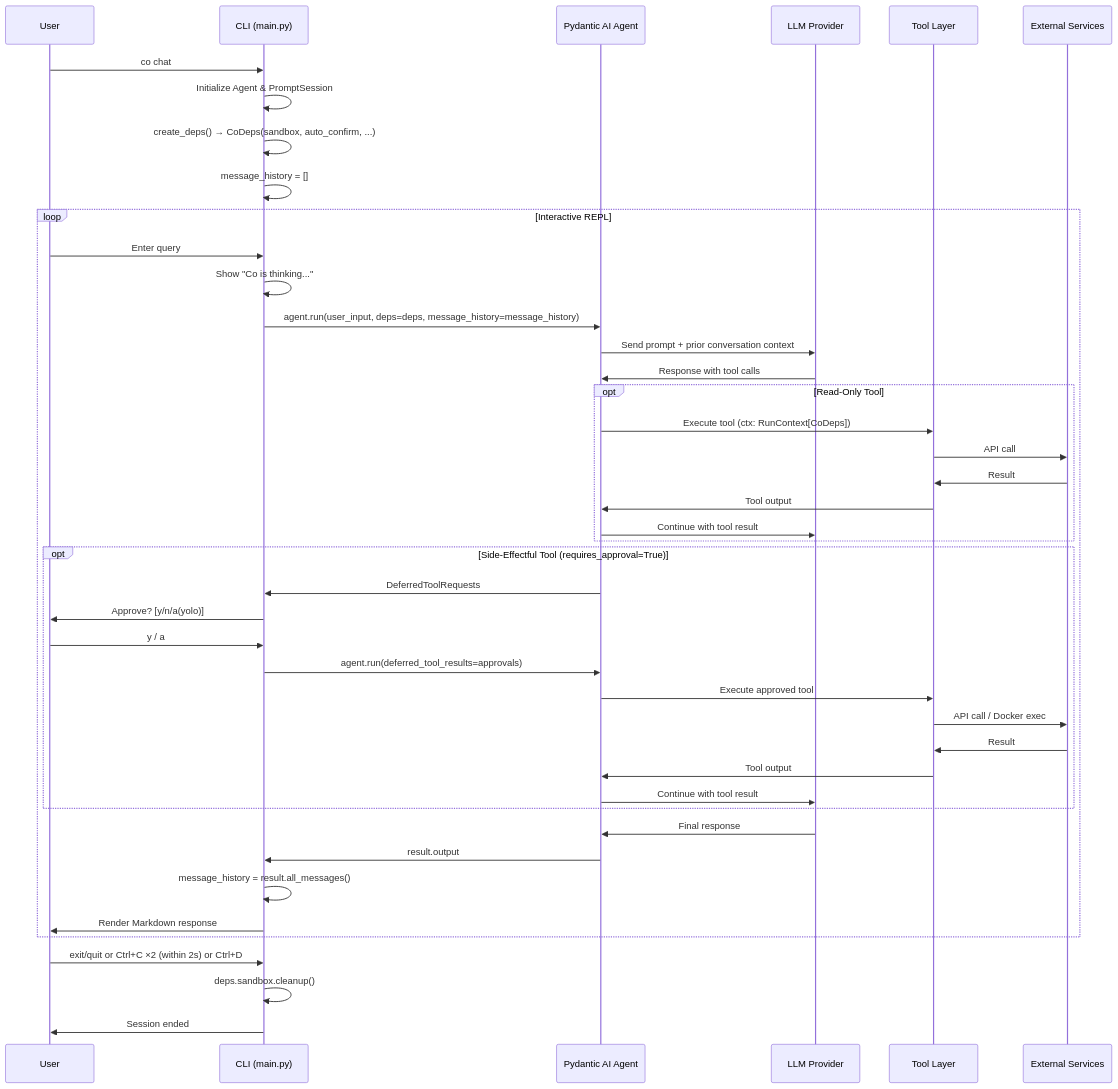
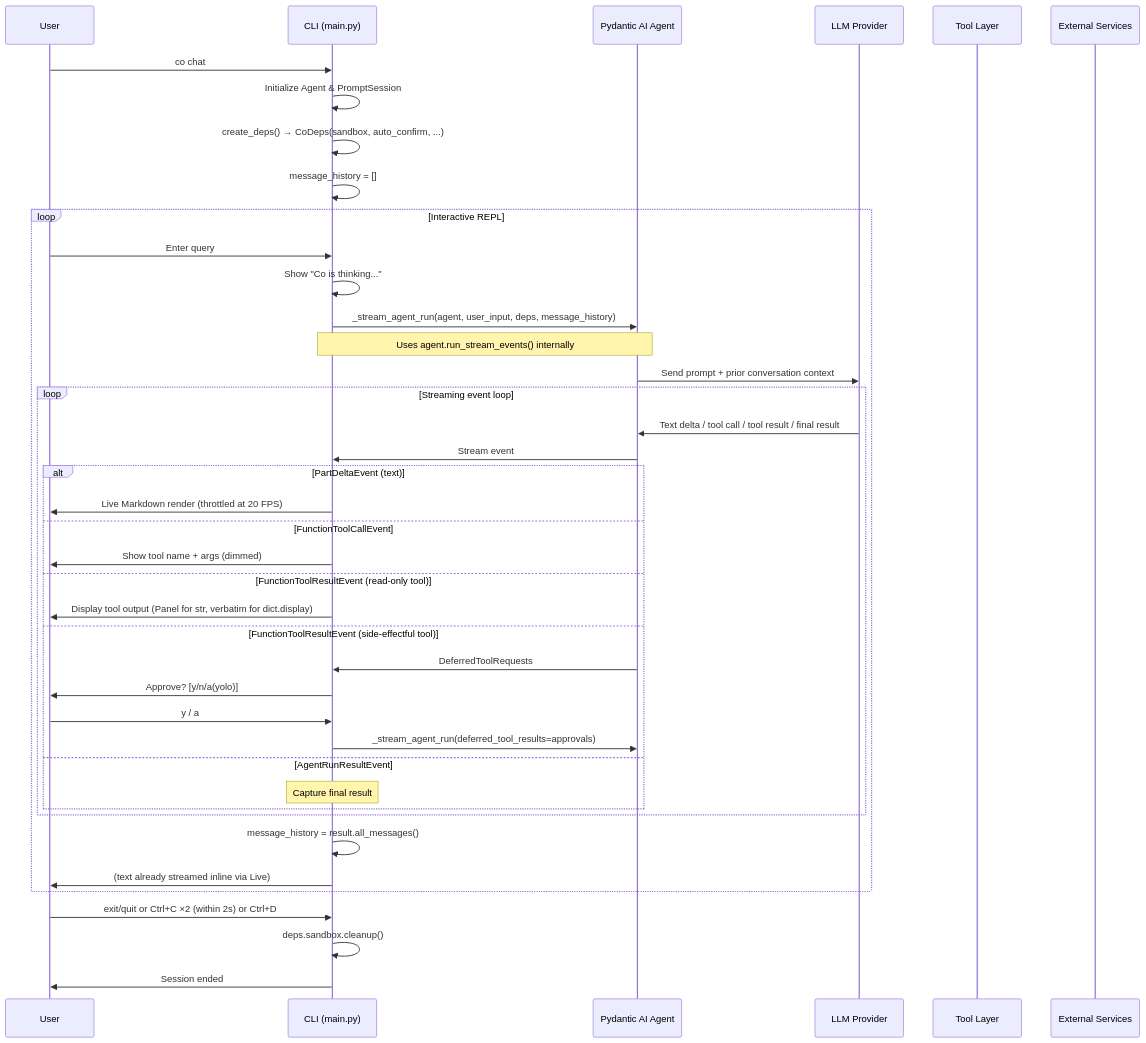
The second of 10 diagrams in docs/DESIGN-co-cli.md (binlecode/co-cli), drawn with Mermaid before and after one commit. The commit also changed other lines of this file and 8 other files, not shown here.

````diff
--- a/docs/DESIGN-co-cli.md
+++ b/docs/DESIGN-co-cli.md
@@ -92,51 +92,49 @@
 ```mermaid
 sequenceDiagram
     participant User
     participant CLI as CLI (main.py)
     participant Agent as Pydantic AI Agent
     participant LLM as LLM Provider
     participant Tools as Tool Layer
     participant External as External Services
 
     User->>CLI: co chat
     CLI->>CLI: Initialize Agent & PromptSession
     CLI->>CLI: create_deps() → CoDeps(sandbox, auto_confirm, ...)
     CLI->>CLI: message_history = []
 
     loop Interactive REPL
         User->>CLI: Enter query
         CLI->>CLI: Show "Co is thinking..."
-        CLI->>Agent: agent.run(user_input, deps=deps, message_history=message_history)
+        CLI->>Agent: _stream_agent_run(agent, user_input, deps, message_history)
+        Note over CLI,Agent: Uses agent.run_stream_events() internally
         Agent->>LLM: Send prompt + prior conversation context
-        LLM->>Agent: Response with tool calls
 
-        opt Read-Only Tool
-            Agent->>Tools: Execute tool (ctx: RunContext[CoDeps])
-            Tools->>External: API call
-            External->>Tools: Result
-            Tools->>Agent: Tool output
-            Agent->>LLM: Continue with tool result
+        loop Streaming event loop
+            LLM->>Agent: Text delta / tool call / tool result / final result
+            Agent->>CLI: Stream event
+
+            alt PartDeltaEvent (text)
+                CLI->>User: Live Markdown render (throttled at 20 FPS)
+            else FunctionToolCallEvent
+                CLI->>User: Show tool name + args (dimmed)
+            else FunctionToolResultEvent (read-only tool)
+                CLI->>User: Display tool output (Panel for str, verbatim for dict.display)
+            else FunctionToolResultEvent (side-effectful tool)
+                Agent->>CLI: DeferredToolRequests
+                CLI->>User: Approve? [y/n/a(yolo)]
+                User->>CLI: y / a
+                CLI->>Agent: _stream_agent_run(deferred_tool_results=approvals)
+            else AgentRunResultEvent
+                Note over CLI: Capture final result
+            end
         end
 
-        opt Side-Effectful Tool (requires_approval=True)
-            Agent->>CLI: DeferredToolRequests
-            CLI->>User: Approve? [y/n/a(yolo)]
-            User->>CLI: y / a
-            CLI->>Agent: agent.run(deferred_tool_results=approvals)
-            Agent->>Tools: Execute approved tool
-            Tools->>External: API call / Docker exec
-            External->>Tools: Result
-            Tools->>Agent: Tool output
-            Agent->>LLM: Continue with tool result
-        end
-
-        LLM->>Agent: Final response
-        Agent->>CLI: result.output
         CLI->>CLI: message_history = result.all_messages()
-        CLI->>User: Render Markdown response
+        CLI->>User: (text already streamed inline via Live)
     end
 
     User->>CLI: exit/quit or Ctrl+C ×2 (within 2s) or Ctrl+D
     CLI->>CLI: deps.sandbox.cleanup()
     CLI->>User: Session ended
 ```
````
